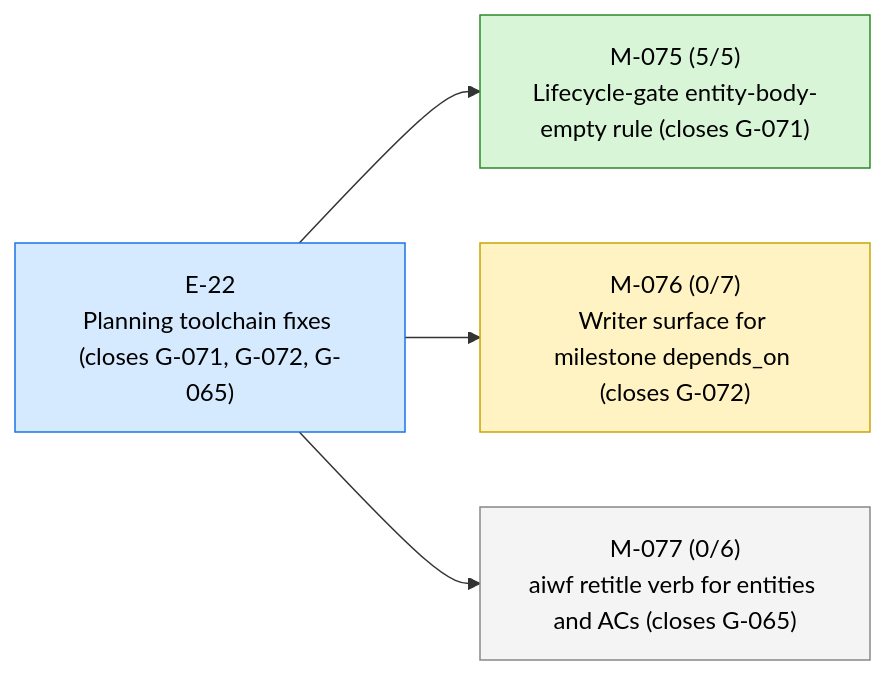
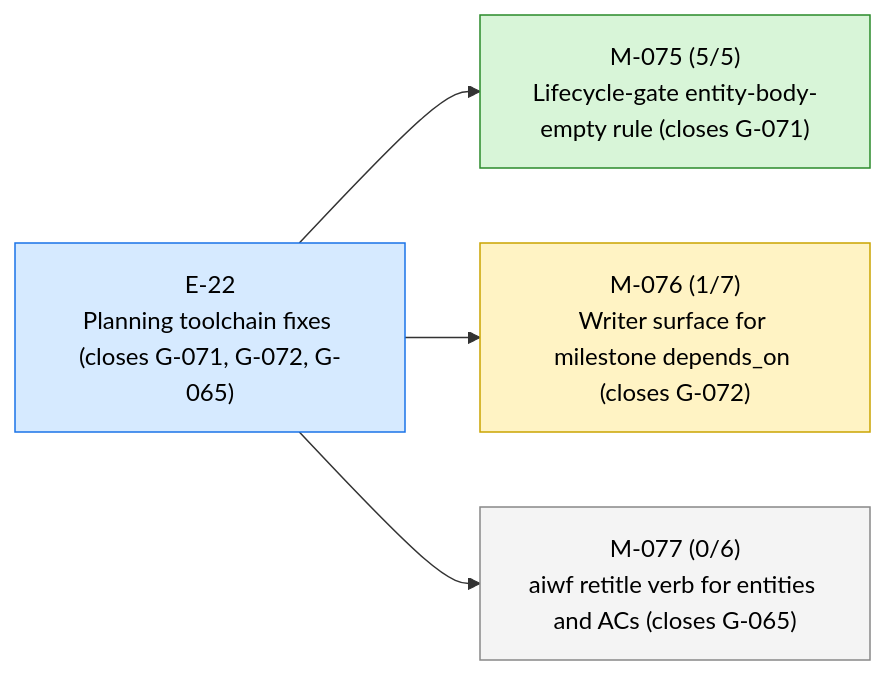
Before and after one commit to 23min/aiwf: the first of 3 diagrams in STATUS.md, drawn with Mermaid. The commit also changed other lines of this file and 1 other file, not shown here.

````diff
--- a/STATUS.md
+++ b/STATUS.md
@@ -13,16 +13,16 @@
 ```mermaid
 flowchart LR
   E_22["E-22<br/>Planning toolchain fixes (closes G-071, G-072, G-065)"]:::epic_active
   M_075["M-075 (5/5)<br/>Lifecycle-gate entity-body-empty rule (closes G-071)"]:::ms_done
   E_22 --> M_075
-  M_076["M-076 (0/7)<br/>Writer surface for milestone depends_on (closes G-072)"]:::ms_in_progress
+  M_076["M-076 (1/7)<br/>Writer surface for milestone depends_on (closes G-072)"]:::ms_in_progress
   E_22 --> M_076
   M_077["M-077 (0/6)<br/>aiwf retitle verb for entities and ACs (closes G-065)"]:::ms_draft
   E_22 --> M_077
   classDef epic_active fill:#d6eaff,stroke:#1a73e8,color:#000
   classDef epic_proposed fill:#f4f4f4,stroke:#888,color:#000
   classDef ms_done fill:#d8f5d8,stroke:#2a8a2a,color:#000
   classDef ms_in_progress fill:#fff3c4,stroke:#caa400,color:#000
   classDef ms_draft fill:#f4f4f4,stroke:#888,color:#000
   classDef ms_cancelled fill:#fbeaea,stroke:#c33,color:#000
 ```
````
